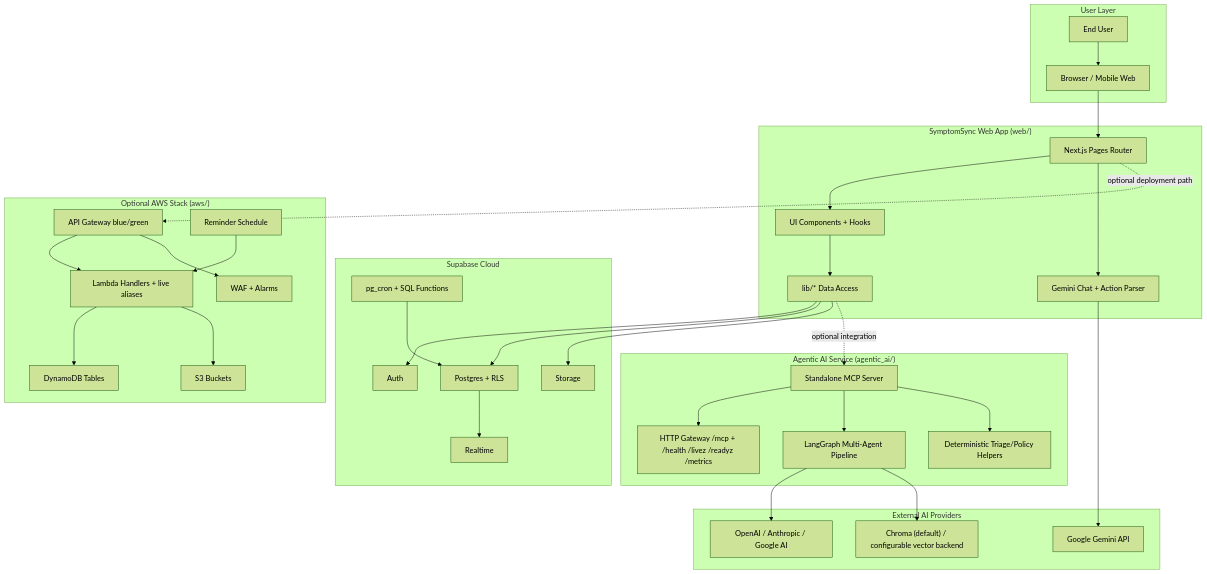
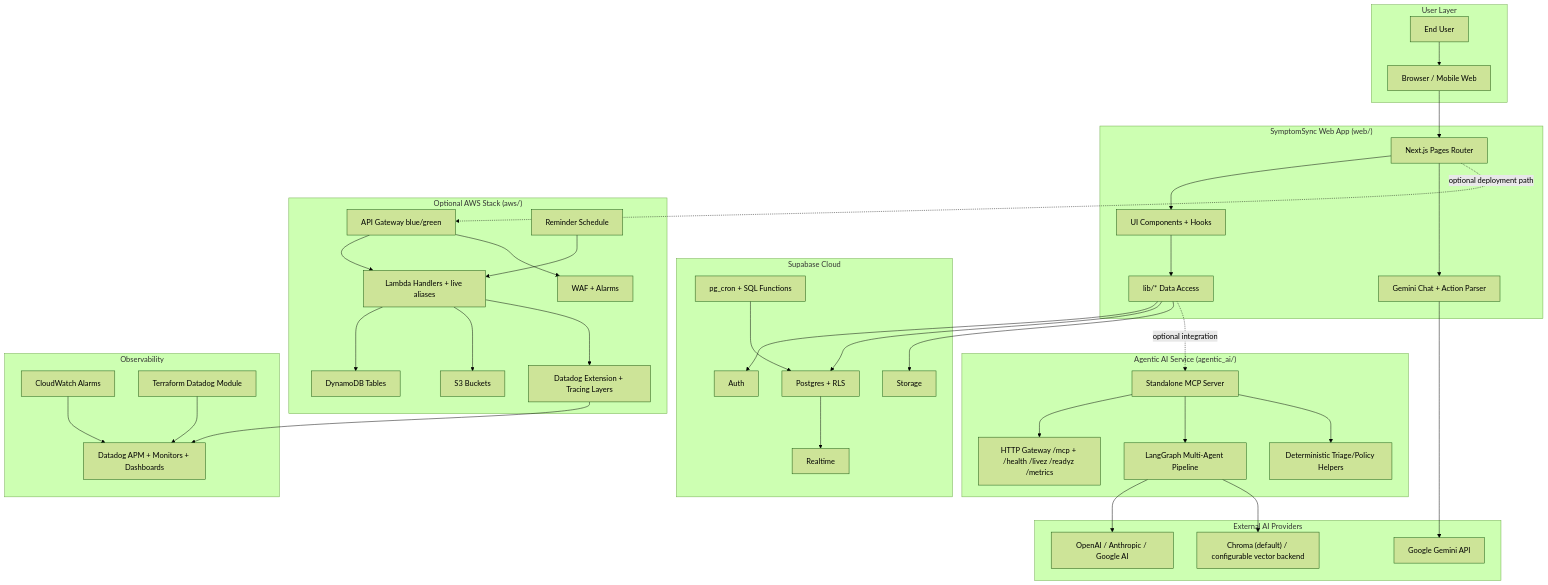
The first of 20 diagrams in ARCHITECTURE.md (hoangsonww/SymptomSync-Health-App), drawn with Mermaid (forest theme) before and after one commit. The commit also changed other lines of this file and 23 other files, not shown here.

Commit message:
feat: Integrate Datadog observability with Terraform configuration and Docker setup

````diff
--- a/ARCHITECTURE.md
+++ b/ARCHITECTURE.md
@@ -22,68 +22,79 @@
 ```mermaid
 flowchart TD
   subgraph UserLayer["User Layer"]
     User["End User"]
     Browser["Browser / Mobile Web"]
   end
 
   subgraph WebApp["SymptomSync Web App (web/)"]
     NextPages["Next.js Pages Router"]
     UILib["UI Components + Hooks"]
     WebData["lib/* Data Access"]
     ChatRuntime["Gemini Chat + Action Parser"]
   end
 
   subgraph SupabaseCloud["Supabase Cloud"]
     SBAAuth["Auth"]
     SBADB["Postgres + RLS"]
     SBAStore["Storage"]
     SBARealtime["Realtime"]
     SBACron["pg_cron + SQL Functions"]
   end
 
   subgraph AgenticAI["Agentic AI Service (agentic_ai/)"]
     MCP["Standalone MCP Server"]
     MCPHTTP["HTTP Gateway /mcp + /health /livez /readyz /metrics"]
     GraphPipeline["LangGraph Multi-Agent Pipeline"]
     DecisionSupport["Deterministic Triage/Policy Helpers"]
   end
 
   subgraph OptionalAWS["Optional AWS Stack (aws/)"]
     APIGW["API Gateway blue/green"]
     Lambdas["Lambda Handlers + live aliases"]
     DDB["DynamoDB Tables"]
     S3["S3 Buckets"]
     EventBridge["Reminder Schedule"]
     WAF["WAF + Alarms"]
+    DDLayers["Datadog Extension + Tracing Layers"]
+  end
+
+  subgraph Observability["Observability"]
+    Datadog["Datadog APM + Monitors + Dashboards"]
+    CW["CloudWatch Alarms"]
+    TFDatadog["Terraform Datadog Module"]
   end
 
   subgraph ExternalAI["External AI Providers"]
     Gemini["Google Gemini API"]
     LLMs["OpenAI / Anthropic / Google AI"]
     VectorStore["Chroma (default) / configurable vector backend"]
   end
 
   User --> Browser --> NextPages
   NextPages --> UILib --> WebData
   NextPages --> ChatRuntime
   WebData --> SBAAuth
   WebData --> SBADB
   WebData --> SBAStore
   SBADB --> SBARealtime
   SBACron --> SBADB
   ChatRuntime --> Gemini
 
   WebData -. optional integration .-> MCP
   MCP --> MCPHTTP
   MCP --> GraphPipeline
   MCP --> DecisionSupport
   GraphPipeline --> LLMs
   GraphPipeline --> VectorStore
 
   NextPages -. optional deployment path .-> APIGW
   APIGW --> Lambdas
   Lambdas --> DDB
   Lambdas --> S3
   EventBridge --> Lambdas
   APIGW --> WAF
+  Lambdas --> DDLayers
+  DDLayers --> Datadog
+  CW --> Datadog
+  TFDatadog --> Datadog
 ```
````
